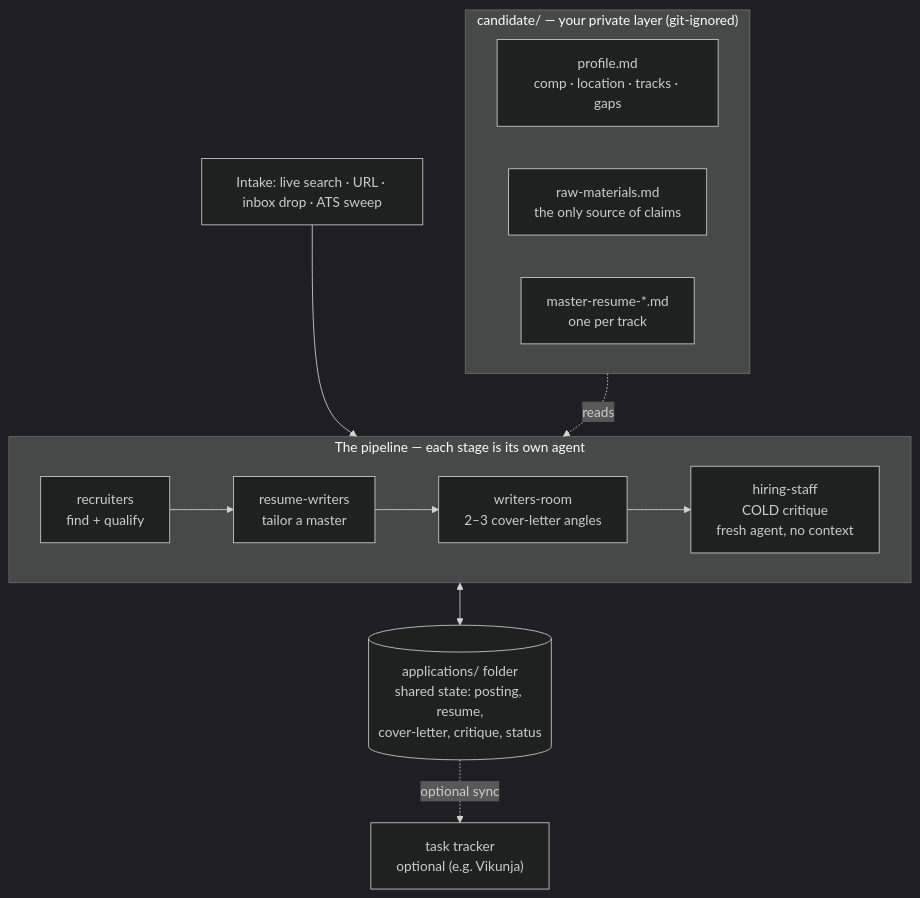
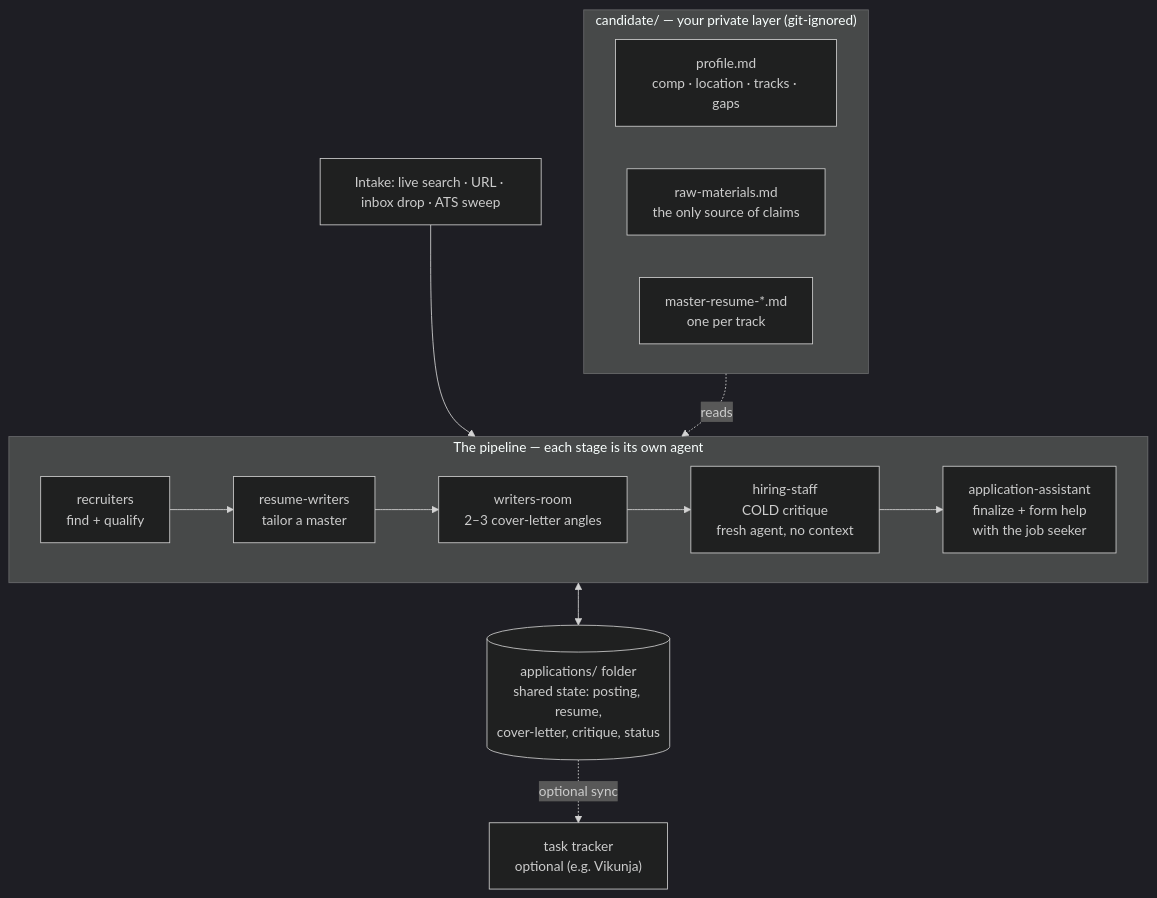
Before and after one commit to JasonRStJohn/agentic-job-search: the diagram in README.md, drawn with Mermaid (dark theme). The commit also changed other lines of this file and 6 other files, not shown here.

First line of the commit message:
Add application-assistant department; resolve placeholders before final PDFs

````diff
--- a/README.md
+++ b/README.md
@@ -23,28 +25,29 @@
 ```mermaid
 flowchart TB
     intake["Intake: live search · URL · inbox drop · ATS sweep"]
 
     subgraph CAND["candidate/ — your private layer (git-ignored)"]
         direction LR
         profile["profile.md<br/>comp · location · tracks · gaps"]
         raw["raw-materials.md<br/>the only source of claims"]
         masters["master-resume-*.md<br/>one per track"]
     end
 
     subgraph PIPE["The pipeline — each stage is its own agent"]
         direction LR
         rec["recruiters<br/>find + qualify"]
         res["resume-writers<br/>tailor a master"]
         wr["writers-room<br/>2–3 cover-letter angles"]
         hs["hiring-staff<br/>COLD critique<br/>fresh agent, no context"]
-        rec --> res --> wr --> hs
+        aa["application-assistant<br/>finalize + form help<br/>with the job seeker"]
+        rec --> res --> wr --> hs --> aa
     end
 
     apps[("applications/ folder<br/>shared state: posting, resume,<br/>cover-letter, critique, status")]
     tracker["task tracker<br/>optional (e.g. Vikunja)"]
 
     intake --> rec
     CAND -. reads .-> PIPE
     PIPE <--> apps
     apps -. optional sync .-> tracker
 ```
````
